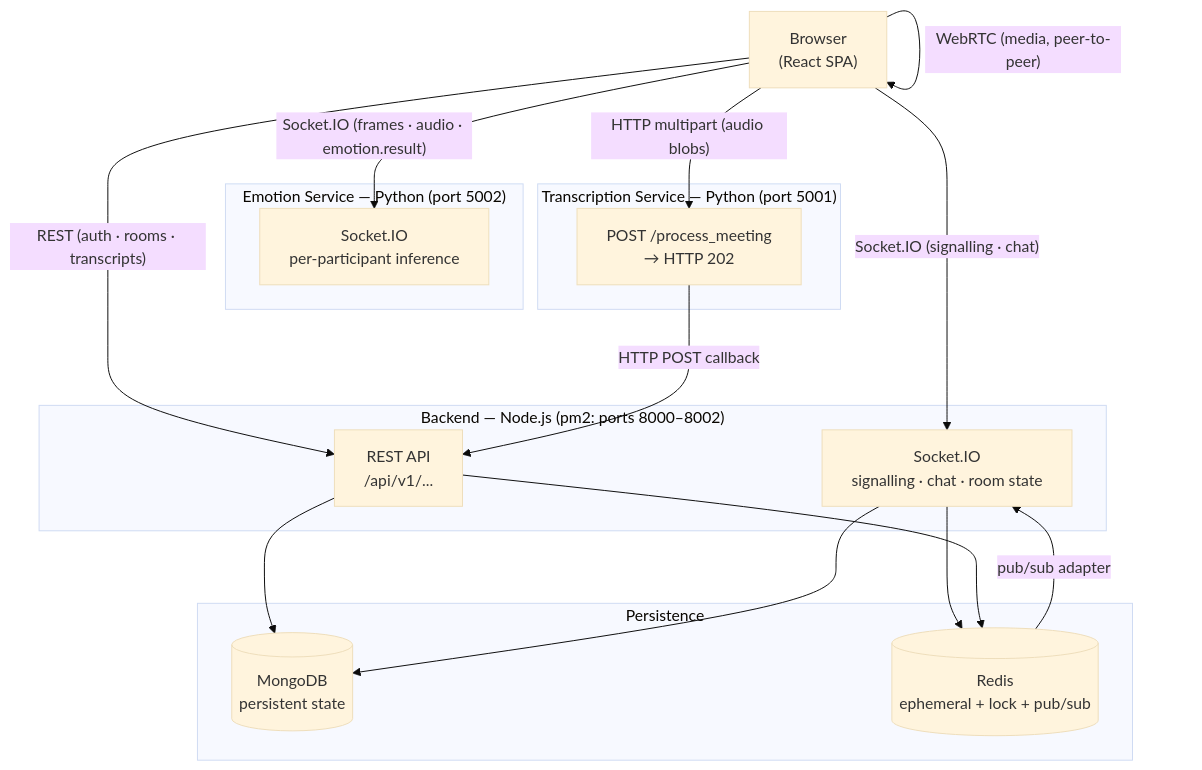
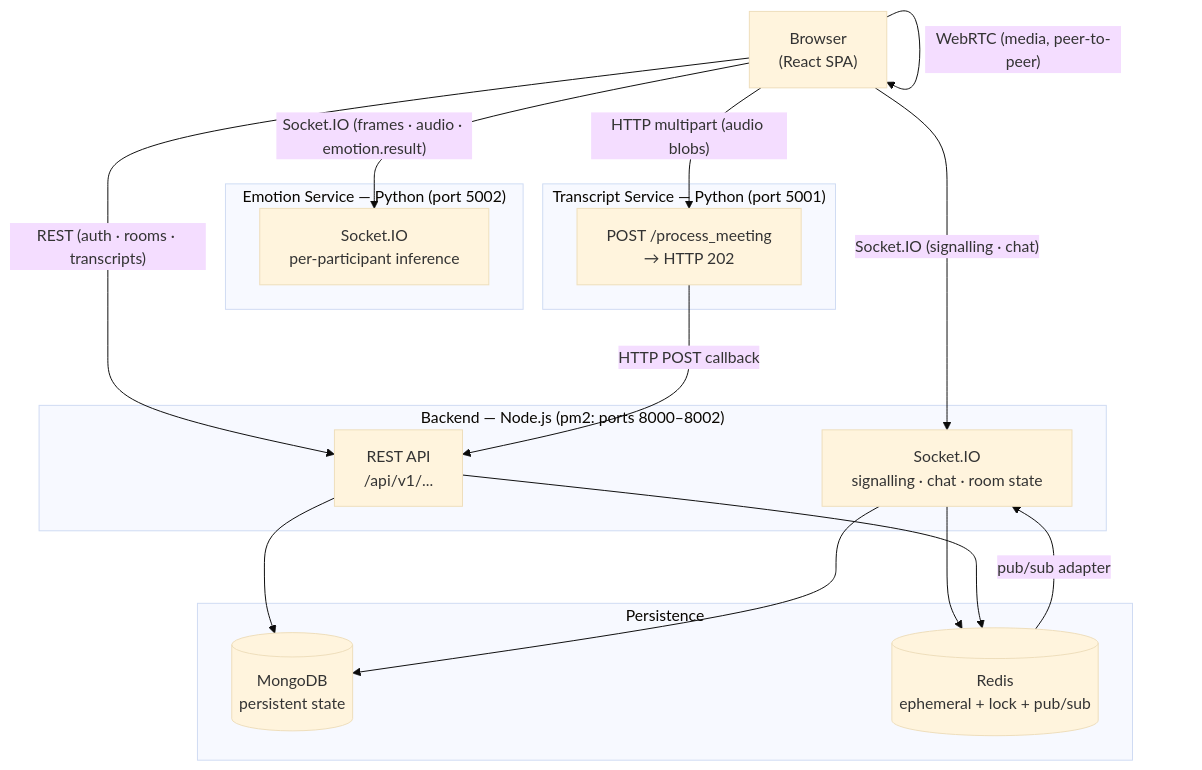
Before and after one commit to AnupamKumar-1/Hoovik: the second of 9 diagrams in README.md, drawn with Mermaid (base theme). The commit also changed other lines of this file, not shown here.

````diff
--- a/README.md
+++ b/README.md
@@ -127,37 +124,37 @@
 ```mermaid
 graph TD
     Browser["Browser\n(React SPA)"]
 
     subgraph Backend ["Backend — Node.js (pm2: ports 8000–8002)"]
         SIO_B["Socket.IO\nsignalling · chat · room state"]
         REST["REST API\n/api/v1/..."]
     end
 
     subgraph EmotionSvc ["Emotion Service — Python (port 5002)"]
         SIO_E["Socket.IO\nper-participant inference"]
     end
 
-    subgraph TranscriptSvc ["Transcription Service — Python (port 5001)"]
+    subgraph TranscriptSvc ["Transcript Service — Python (port 5001)"]
         HTTP_T["POST /process_meeting\n→ HTTP 202"]
     end
 
     subgraph Persistence
         Mongo[("MongoDB\npersistent state")]
         Redis[("Redis\nephemeral + lock + pub/sub")]
     end
 
     Browser -- "WebRTC (media, peer-to-peer)" --> Browser
     Browser -- "Socket.IO (signalling · chat)" --> SIO_B
     Browser -- "REST (auth · rooms · transcripts)" --> REST
     Browser -- "Socket.IO (frames · audio · emotion.result)" --> SIO_E
     Browser -- "HTTP multipart (audio blobs)" --> HTTP_T
 
     SIO_B --> Redis
     REST --> Mongo
     REST --> Redis
     SIO_B --> Mongo
 
     HTTP_T -- "HTTP POST callback" --> REST
 
     Redis -- "pub/sub adapter" --> SIO_B
 ```
````
